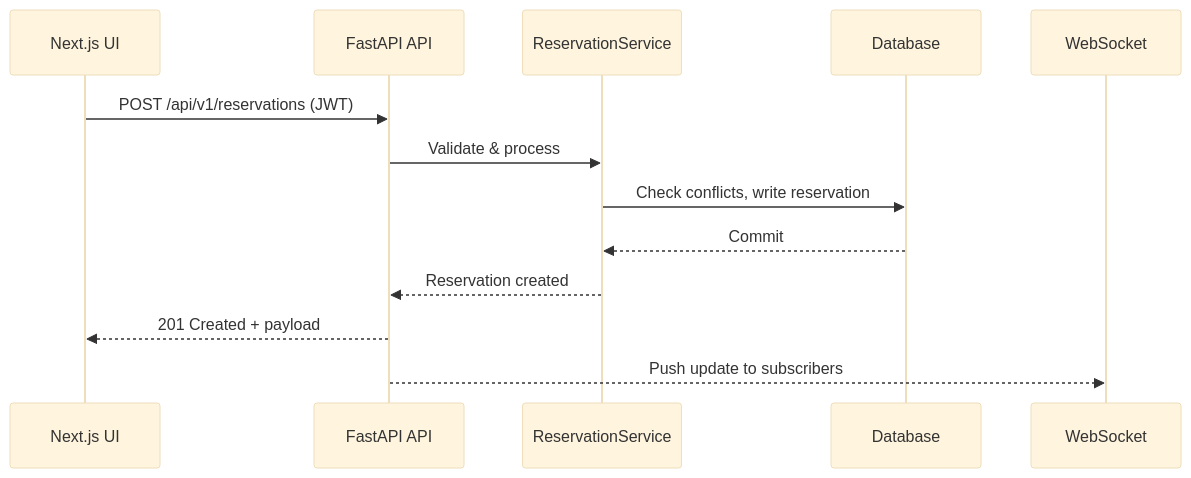
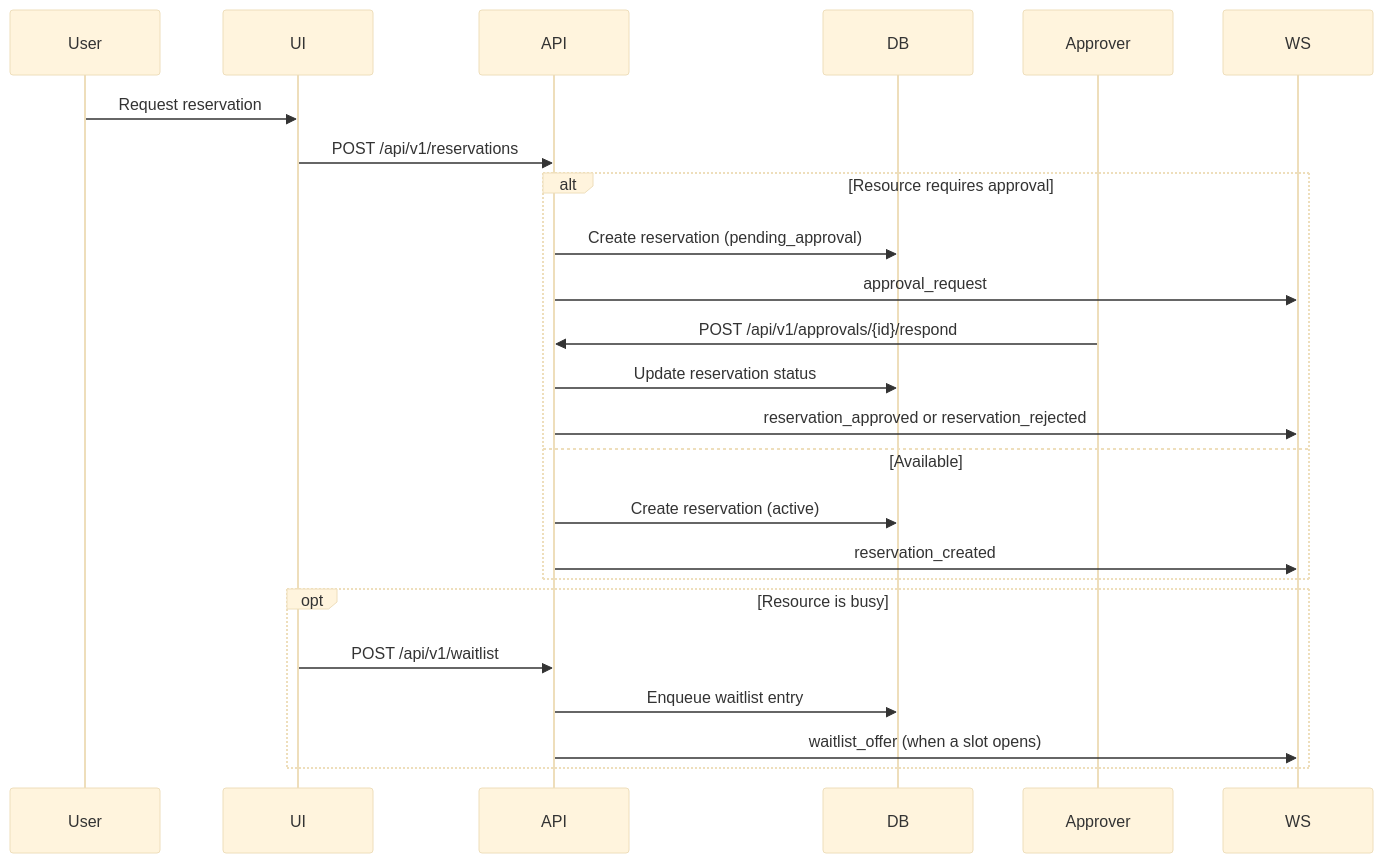
One commit to sylvester-francis/Resource-Reserver changed the second of 4 diagrams in README.md. Above: the diagram before and after it, drawn with Mermaid (base theme). The commit also changed other lines of this file and 36 other files, not shown here.

````diff
--- a/README.md
+++ b/README.md
@@ -62,16 +210,28 @@
 ```mermaid
 sequenceDiagram
-    participant UI as Next.js UI
-    participant API as FastAPI API
-    participant Svc as ReservationService
-    participant DB as Database
-    participant WS as WebSocket
+    participant User
+    participant UI
+    participant API
+    participant DB
+    participant Approver
+    participant WS
 
-    UI->>API: POST /api/v1/reservations (JWT)
-    API->>Svc: Validate & process
-    Svc->>DB: Check conflicts, write reservation
-    DB-->>Svc: Commit
-    Svc-->>API: Reservation created
-    API-->>UI: 201 Created + payload
-    API-->>WS: Push update to subscribers
+    User->>UI: Request reservation
+    UI->>API: POST /api/v1/reservations
+    alt Resource requires approval
+        API->>DB: Create reservation (pending_approval)
+        API->>WS: approval_request
+        Approver->>API: POST /api/v1/approvals/{id}/respond
+        API->>DB: Update reservation status
+        API->>WS: reservation_approved or reservation_rejected
+    else Available
+        API->>DB: Create reservation (active)
+        API->>WS: reservation_created
+    end
+
+    opt Resource is busy
+        UI->>API: POST /api/v1/waitlist
+        API->>DB: Enqueue waitlist entry
+        API->>WS: waitlist_offer (when a slot opens)
+    end
 ```
````
